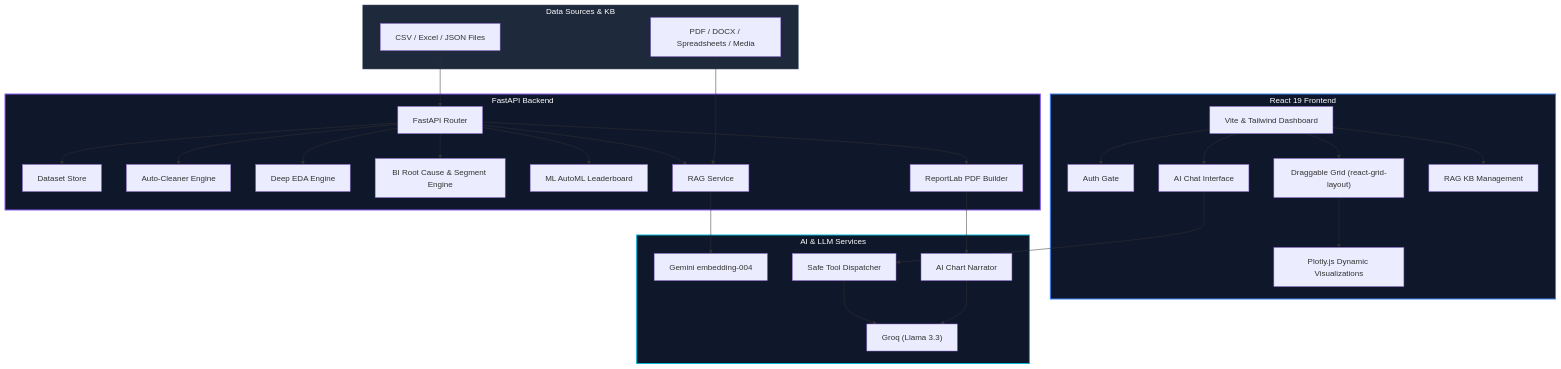
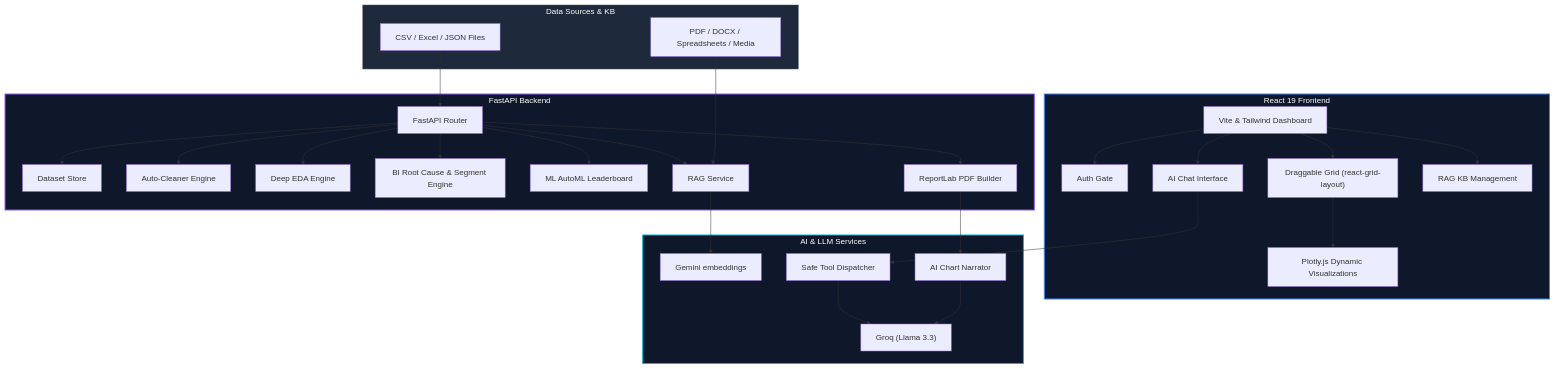
One commit to Shweta-Mishra-ai/Analytiq changed the diagram in README.md. Above: the diagram before and after it, drawn with Mermaid. The commit also changed other lines of this file and 30 other files, not shown here.

````diff
--- a/README.md
+++ b/README.md
@@ -32,38 +32,38 @@
 ```mermaid
 graph TD
     subgraph Frontend [React 19 Frontend]
         UI["Vite & Tailwind Dashboard"] --> Auth["Auth Gate"]
         UI --> DS_Grid["Draggable Grid (react-grid-layout)"]
         DS_Grid --> Plotly["Plotly.js Dynamic Visualizations"]
         UI --> ChatUI["AI Chat Interface"]
         UI --> RAGStudio["RAG KB Management"]
     end
 
     subgraph Backend [FastAPI Backend]
         API["FastAPI Router"] --> Store["Dataset Store"]
         API --> Cleaner["Auto-Cleaner Engine"]
         API --> EDA["Deep EDA Engine"]
         API --> BI["BI Root Cause & Segment Engine"]
         API --> ML["ML AutoML Leaderboard"]
         API --> RAG["RAG Service"]
         API --> PDF["ReportLab PDF Builder"]
     end
 
     subgraph AI_Services [AI & LLM Services]
-        RAG --> GeminiEmbed["Gemini embedding-004"]
+        RAG --> GeminiEmbed["Gemini embeddings"]
         ChatUI --> ToolDispatch["Safe Tool Dispatcher"]
         ToolDispatch --> Groq["Groq (Llama 3.3)"]
         PDF --> Narrator["AI Chart Narrator"]
         Narrator --> Groq
     end
 
     subgraph Data_Sources [Data Sources & KB]
         CSV["CSV / Excel / JSON Files"] --> API
         Docs["PDF / DOCX / Spreadsheets / Media"] --> RAG
     end
 
     style Frontend fill:#0f172a,stroke:#3b82f6,stroke-width:2px,color:#fff
     style Backend fill:#0f172a,stroke:#8b5cf6,stroke-width:2px,color:#fff
     style AI_Services fill:#0f172a,stroke:#06b6d4,stroke-width:2px,color:#fff
     style Data_Sources fill:#1e293b,stroke:#475569,stroke-width:1px,color:#fff
 ```
````
